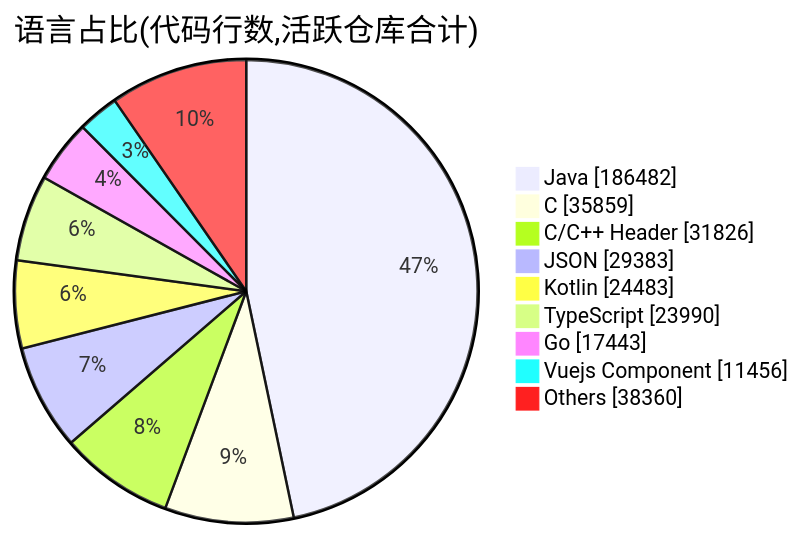
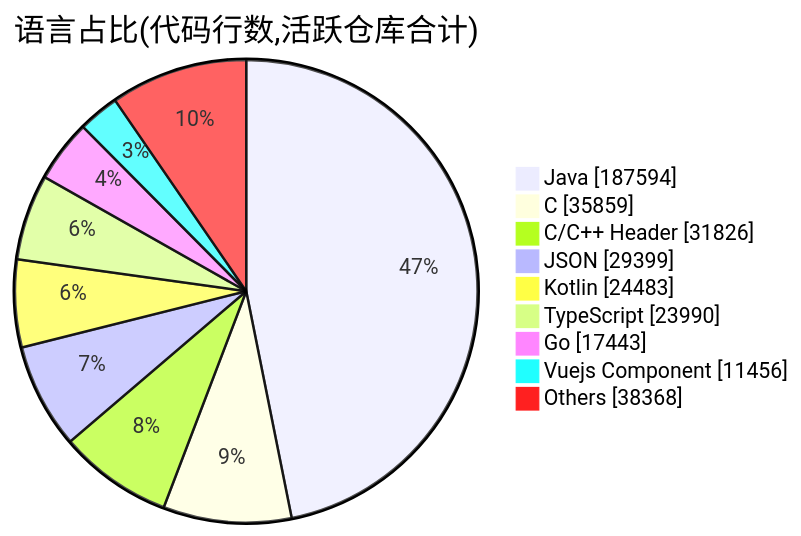
One commit to Conflux-Union/.github changed the second of 2 diagrams in profile/README.md. Above: the diagram before and after it, drawn with Mermaid. The commit also changed other lines of this file and 1 other file, not shown here.

````diff
--- a/profile/README.md
+++ b/profile/README.md
@@ -83,13 +83,13 @@
 ```mermaid
 pie showData
     title 语言占比(代码行数,活跃仓库合计)
-    "Java" : 186482
+    "Java" : 187594
     "C" : 35859
     "C/C++ Header" : 31826
-    "JSON" : 29383
+    "JSON" : 29399
     "Kotlin" : 24483
     "TypeScript" : 23990
     "Go" : 17443
     "Vuejs Component" : 11456
-    "Others" : 38360
+    "Others" : 38368
 ```
````
